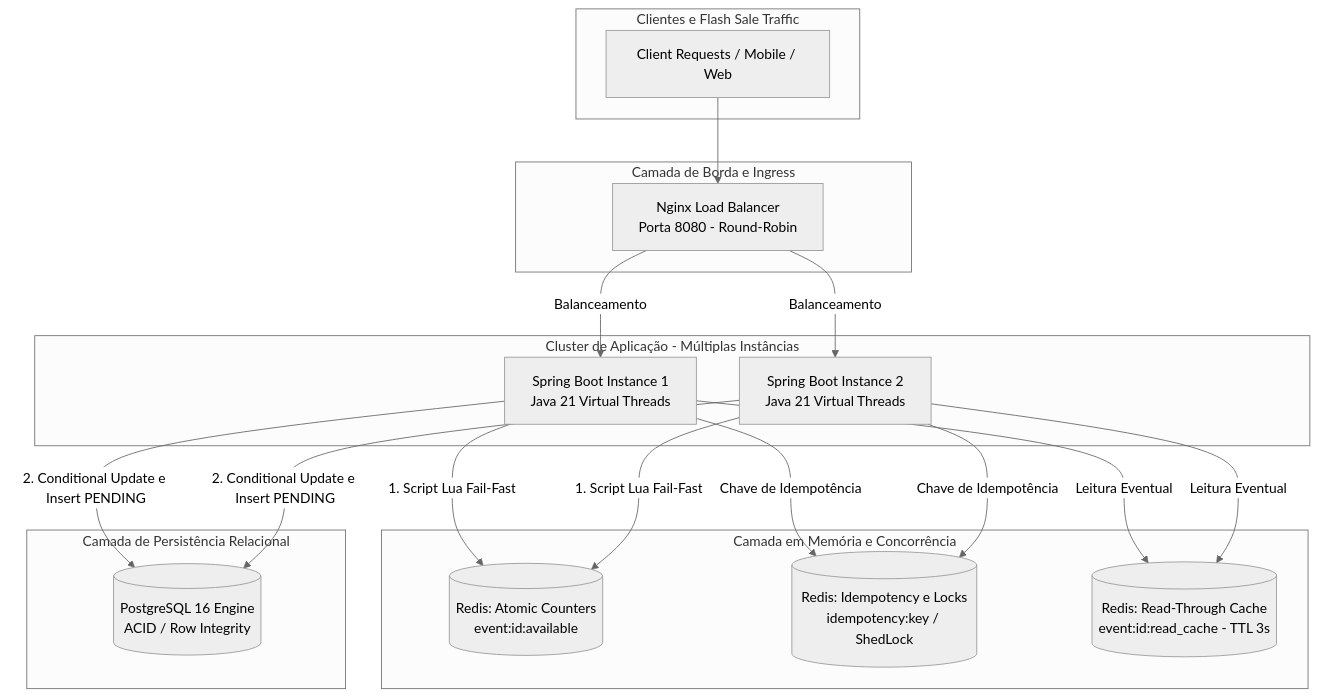
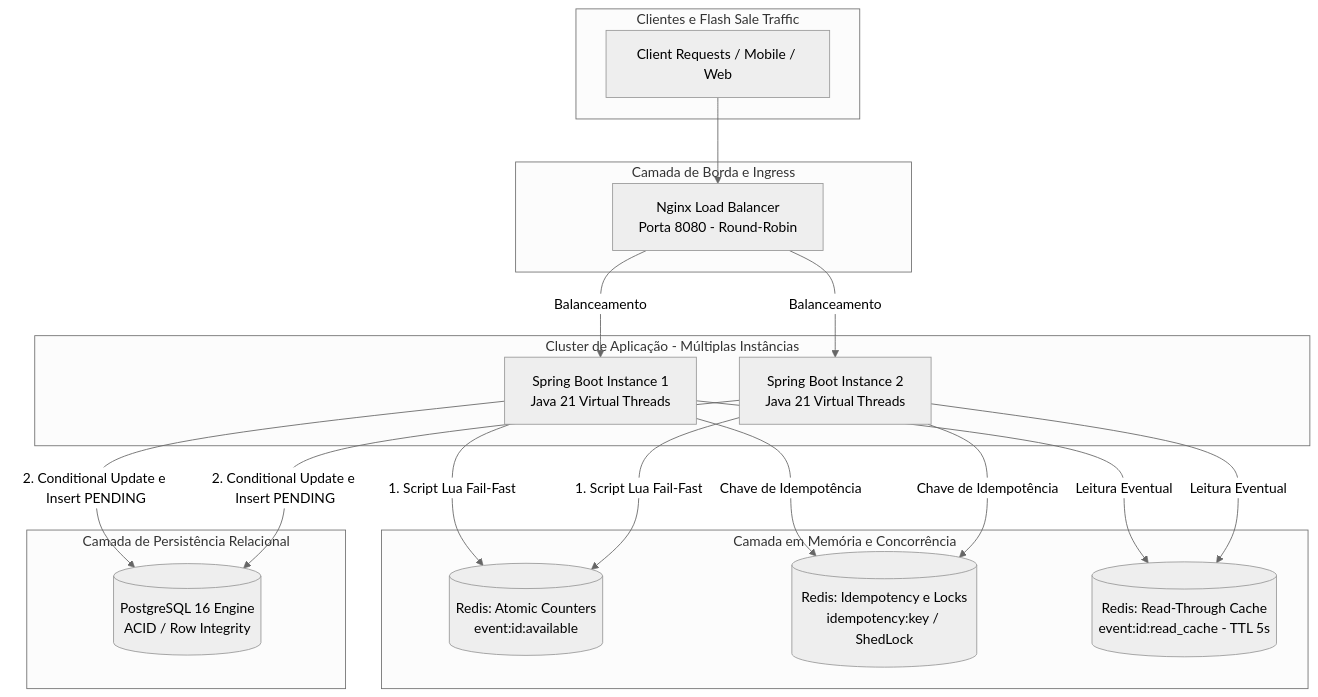
One commit to wallacemax96/ticket-booking-flash-sale changed the diagram in docs/architecture/01-topology.md. Above: the diagram before and after it, drawn with Mermaid (neutral theme). The commit also changed 9 other files, not shown here.

````diff
--- a/docs/architecture/01-topology.md
+++ b/docs/architecture/01-topology.md
@@ -5,41 +5,41 @@
 ```mermaid
 graph TB
     subgraph Clients["Clientes e Flash Sale Traffic"]
         C1["Client Requests / Mobile / Web"]
     end
 
     subgraph ReverseProxy["Camada de Borda e Ingress"]
         LB["Nginx Load Balancer<br/>Porta 8080 - Round-Robin"]
     end
 
     subgraph ServiceCluster["Cluster de Aplicação - Múltiplas Instâncias"]
         APP1["Spring Boot Instance 1<br/>Java 21 Virtual Threads"]
         APP2["Spring Boot Instance 2<br/>Java 21 Virtual Threads"]
     end
 
     subgraph FastPath["Camada em Memória e Concorrência"]
         R_STOCK[("Redis: Atomic Counters<br/>event:id:available")]
         R_LOCK[("Redis: Idempotency e Locks<br/>idempotency:key / ShedLock")]
-        R_CACHE[("Redis: Read-Through Cache<br/>event:id:read_cache - TTL 3s")]
+        R_CACHE[("Redis: Read-Through Cache<br/>event:id:read_cache - TTL 5s")]
     end
 
     subgraph PersistentStorage["Camada de Persistência Relacional"]
         PG[("PostgreSQL 16 Engine<br/>ACID / Row Integrity")]
     end
 
     C1 --> LB
     LB -->|Balanceamento| APP1
     LB -->|Balanceamento| APP2
 
     APP1 -->|1. Script Lua Fail-Fast| R_STOCK
     APP2 -->|1. Script Lua Fail-Fast| R_STOCK
     
     APP1 -->|Chave de Idempotência| R_LOCK
     APP2 -->|Chave de Idempotência| R_LOCK
 
     APP1 -->|Leitura Eventual| R_CACHE
     APP2 -->|Leitura Eventual| R_CACHE
 
     APP1 -->|2. Conditional Update e Insert PENDING| PG
     APP2 -->|2. Conditional Update e Insert PENDING| PG
 ```
````
